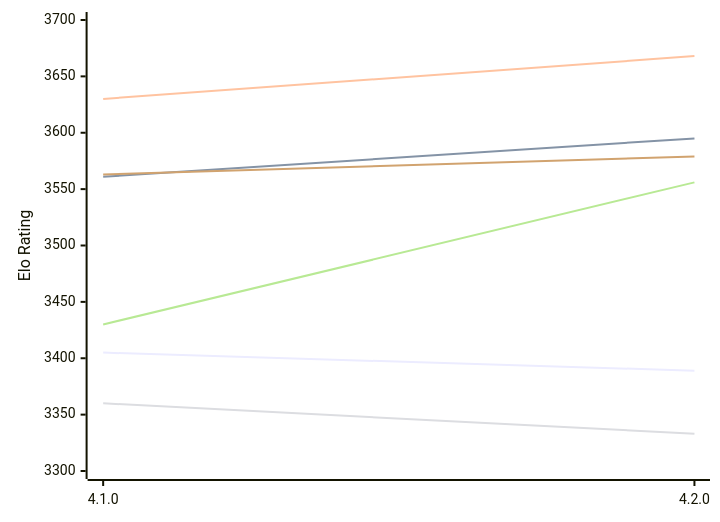
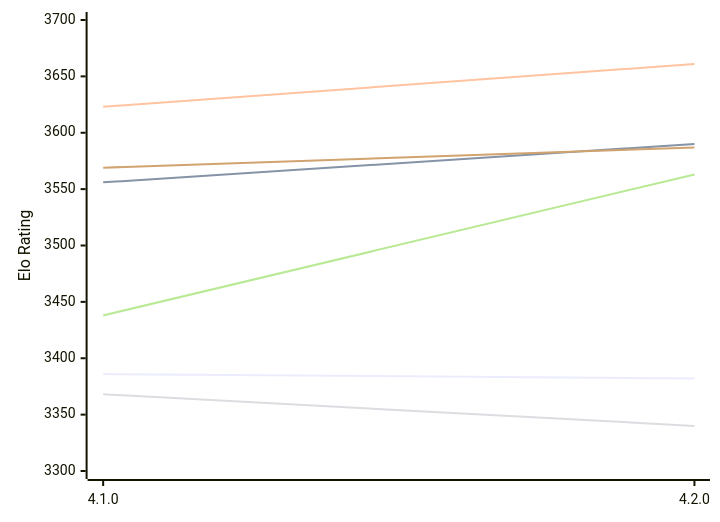
The first of 2 diagrams in engines/Raphael.md (computer-chess-index/cci), drawn with Mermaid before and after one commit. The commit also changed other lines of this file, not shown here.

Commit message:
Update CCI Ratings (ELO VLTC) - 2026-11-18

````diff
--- a/engines/Raphael.md
+++ b/engines/Raphael.md
@@ -59,12 +59,12 @@
 ```mermaid
 %%{init: {"theme":"base","themeVariables":{"seriesColors:['#a3a3a3','#222221','#faa371']}}}%%
 xychart-beta
   x-axis ["4.1.0", "4.2.0"]
   y-axis "Elo Rating" 3300 --> 3700
-  line "E1: STC (8.0+0.08s)" [3405, 3389]
-  line "E1: LTC (60.0+0.60s)" [3561, 3595]
-  line "E1: VLTC (2m24s+1.12s)" [3630, 3668]
-  line "P1: STC (8.0+0.08s)" [3360, 3333]
-  line "P1: LTC (60.0+0.60s)" [3430, 3556]
-  line "P1: VLTC (2m24s+1.12s)" [3563, 3579]
+  line "E1: STC (8.0+0.08s)" [3386, 3382]
+  line "E1: LTC (60.0+0.60s)" [3556, 3590]
+  line "E1: VLTC (2m24s+1.12s)" [3623, 3661]
+  line "P1: STC (8.0+0.08s)" [3368, 3340]
+  line "P1: LTC (60.0+0.60s)" [3438, 3563]
+  line "P1: VLTC (2m24s+1.12s)" [3569, 3587]
 ```
````
